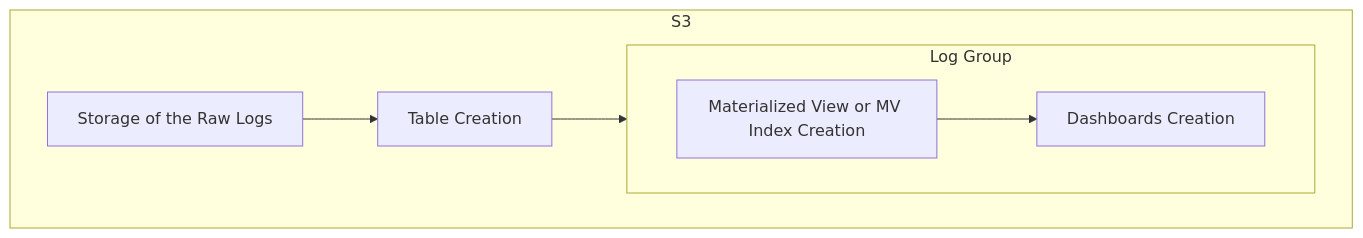
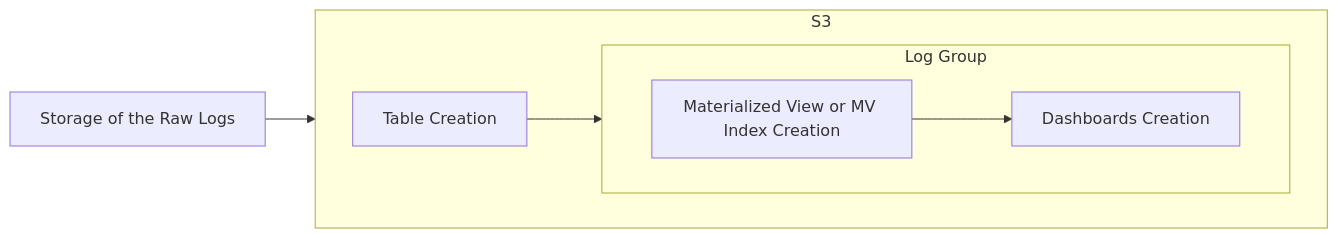
The diagram in docs/sop-integration-setup.md (RyanL1997/nexus-opensearch-catalog), drawn with Mermaid before and after one commit. The commit also changed other lines of this file, not shown here.

````diff
--- a/docs/sop-integration-setup.md
+++ b/docs/sop-integration-setup.md
@@ -16,12 +16,12 @@
 ```mermaid
 flowchart LR
+  A[Storage of the Raw Logs] --> B[Table Creation]
   subgraph S3[S3]
     direction LR
-    A[Storage of the Raw Logs] --> B[Table Creation]
     B --> C[Materialized View or MV Index Creation]
     subgraph LogGroup[Log Group]
       direction LR
       C --> D[Dashboards Creation]
     end
   end
 ```
````
